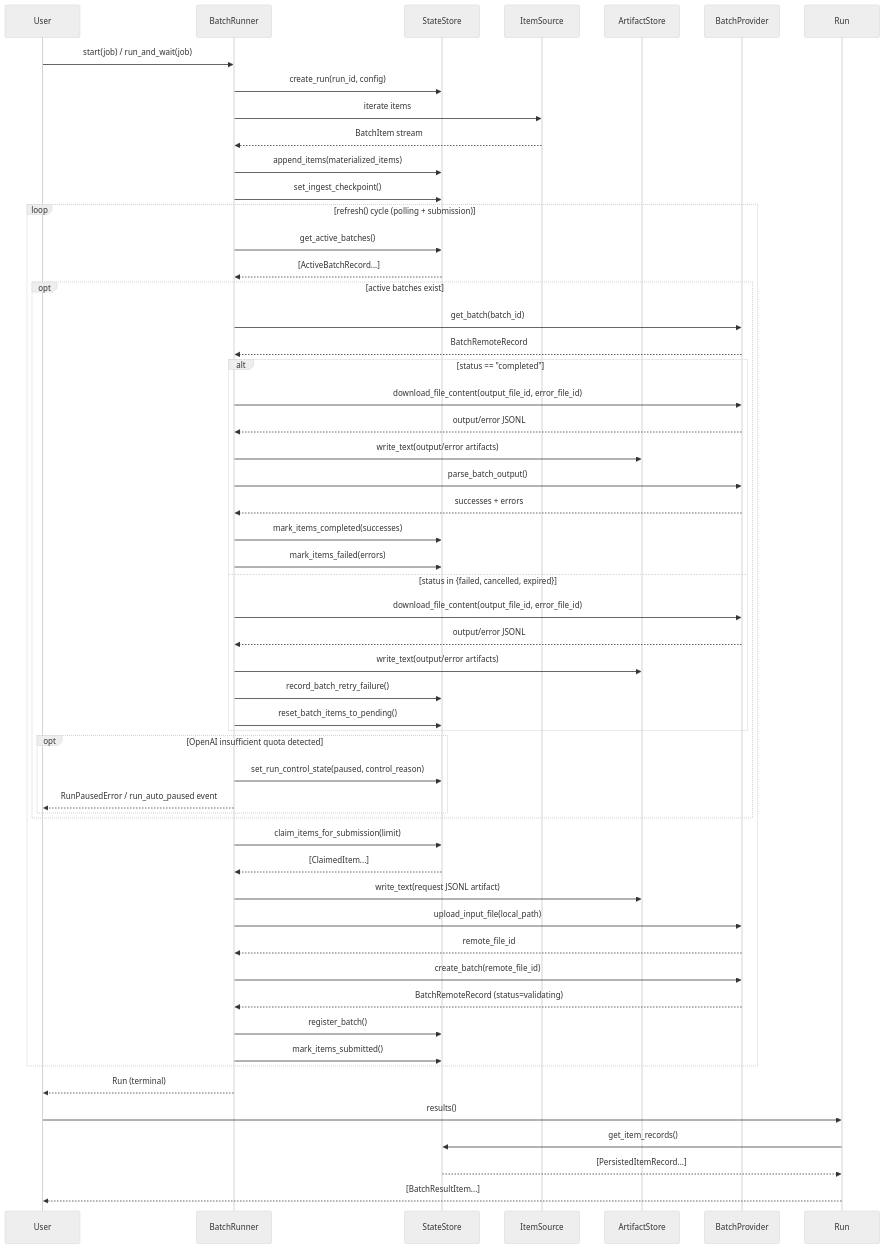
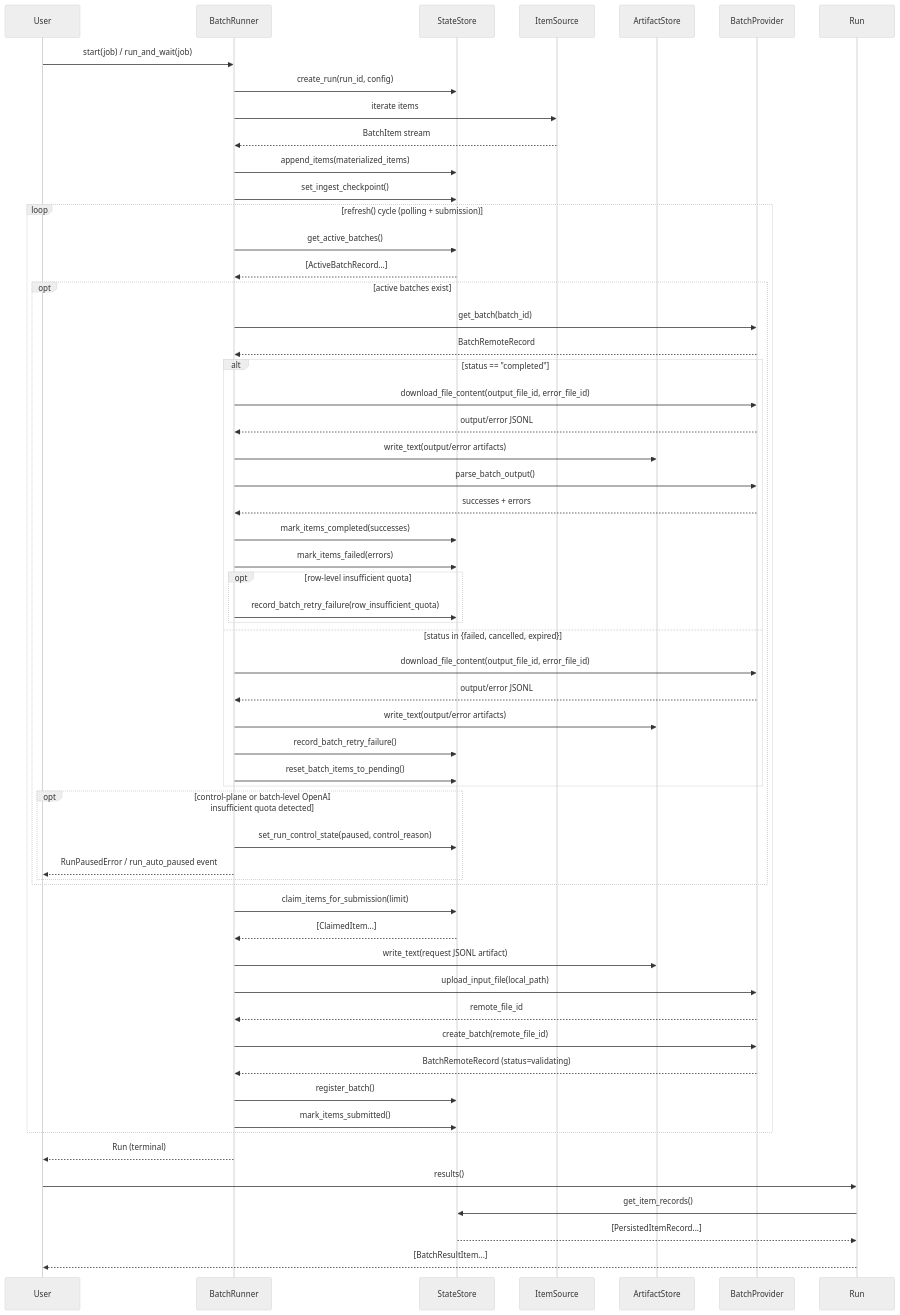
One commit to AnsonDev42/batchor changed the second of 4 diagrams in docs/design_docs/ARCHITECTURE.md. Above: the diagram before and after it, drawn with Mermaid (neutral theme). The commit also changed other lines of this file and 10 other files, not shown here.

````diff
--- a/docs/design_docs/ARCHITECTURE.md
+++ b/docs/design_docs/ARCHITECTURE.md
@@ -146,63 +146,66 @@
 ```mermaid
 sequenceDiagram
     participant User
     participant BatchRunner
     participant StateStore
     participant ItemSource
     participant ArtifactStore
     participant Provider as BatchProvider
 
     User->>BatchRunner: start(job) / run_and_wait(job)
     BatchRunner->>StateStore: create_run(run_id, config)
     BatchRunner->>ItemSource: iterate items
     ItemSource-->>BatchRunner: BatchItem stream
     BatchRunner->>StateStore: append_items(materialized_items)
     BatchRunner->>StateStore: set_ingest_checkpoint()
 
     loop refresh() cycle (polling + submission)
         BatchRunner->>StateStore: get_active_batches()
         StateStore-->>BatchRunner: [ActiveBatchRecord...]
 
         opt active batches exist
             BatchRunner->>Provider: get_batch(batch_id)
             Provider-->>BatchRunner: BatchRemoteRecord
 
             alt status == "completed"
                 BatchRunner->>Provider: download_file_content(output_file_id, error_file_id)
                 Provider-->>BatchRunner: output/error JSONL
                 BatchRunner->>ArtifactStore: write_text(output/error artifacts)
                 BatchRunner->>Provider: parse_batch_output()
                 Provider-->>BatchRunner: successes + errors
                 BatchRunner->>StateStore: mark_items_completed(successes)
                 BatchRunner->>StateStore: mark_items_failed(errors)
+                opt row-level insufficient quota
+                    BatchRunner->>StateStore: record_batch_retry_failure(row_insufficient_quota)
+                end
             else status in {failed, cancelled, expired}
                 BatchRunner->>Provider: download_file_content(output_file_id, error_file_id)
                 Provider-->>BatchRunner: output/error JSONL
                 BatchRunner->>ArtifactStore: write_text(output/error artifacts)
                 BatchRunner->>StateStore: record_batch_retry_failure()
                 BatchRunner->>StateStore: reset_batch_items_to_pending()
             end
 
-            opt OpenAI insufficient quota detected
+            opt control-plane or batch-level OpenAI insufficient quota detected
                 BatchRunner->>StateStore: set_run_control_state(paused, control_reason)
                 BatchRunner-->>User: RunPausedError / run_auto_paused event
             end
         end
 
         BatchRunner->>StateStore: claim_items_for_submission(limit)
         StateStore-->>BatchRunner: [ClaimedItem...]
         BatchRunner->>ArtifactStore: write_text(request JSONL artifact)
         BatchRunner->>Provider: upload_input_file(local_path)
         Provider-->>BatchRunner: remote_file_id
         BatchRunner->>Provider: create_batch(remote_file_id)
         Provider-->>BatchRunner: BatchRemoteRecord (status=validating)
         BatchRunner->>StateStore: register_batch()
         BatchRunner->>StateStore: mark_items_submitted()
     end
 
     BatchRunner-->>User: Run (terminal)
     User->>Run: results()
     Run->>StateStore: get_item_records()
     StateStore-->>Run: [PersistedItemRecord...]
     Run-->>User: [BatchResultItem...]
 ```
````
